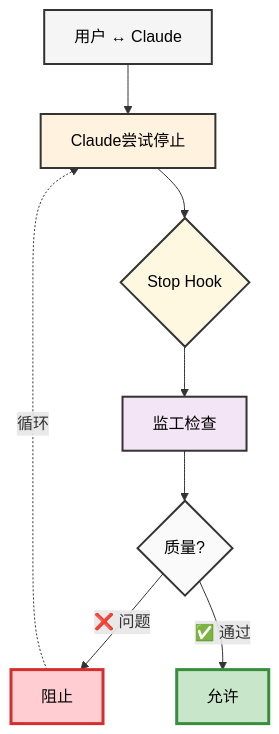
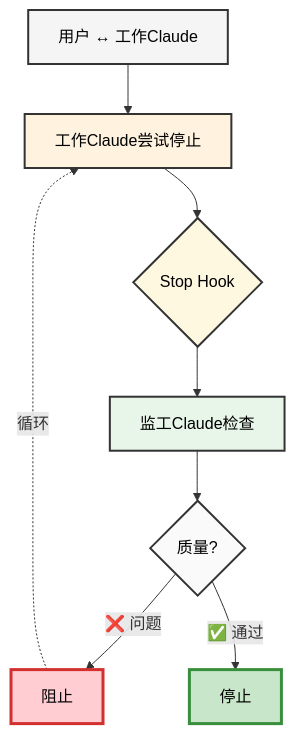
One commit to willkan/ho-cc-supervisor changed the diagram in README_CN.md. Above: the diagram before and after it, drawn with Mermaid. The commit also changed other lines of this file and 1 other file, not shown here.

First line of the commit message:
docs: 修复示例展示区分Worker和Supervisor Claude

````diff
--- a/README_CN.md
+++ b/README_CN.md
@@ -26,18 +26,18 @@
 ```mermaid
 flowchart TB
-    A[用户 ↔ Claude] --> B[Claude尝试停止]
+    A[用户 ↔ 工作Claude] --> B[工作Claude尝试停止]
     B --> C{Stop Hook}
-    C --> D[监工检查]
+    C --> D[监工Claude检查]
     D --> E{质量?}
     E -->|❌ 问题| F[阻止]
-    E -->|✅ 通过| G[允许]
+    E -->|✅ 通过| G[停止]
     F -.->|循环| B
     
     style A fill:#f5f5f5,stroke:#333,stroke-width:2px,color:#000
     style B fill:#fff3e0,stroke:#333,stroke-width:2px,color:#000
     style C fill:#fff8e1,stroke:#333,stroke-width:2px,color:#000
-    style D fill:#f3e5f5,stroke:#333,stroke-width:2px,color:#000
+    style D fill:#e8f5e9,stroke:#333,stroke-width:2px,color:#000
     style E fill:#fafafa,stroke:#333,stroke-width:2px,color:#000
     style F fill:#ffcdd2,stroke:#d32f2f,stroke-width:3px,color:#000
     style G fill:#c8e6c9,stroke:#388e3c,stroke-width:3px,color:#000
 ```
````
